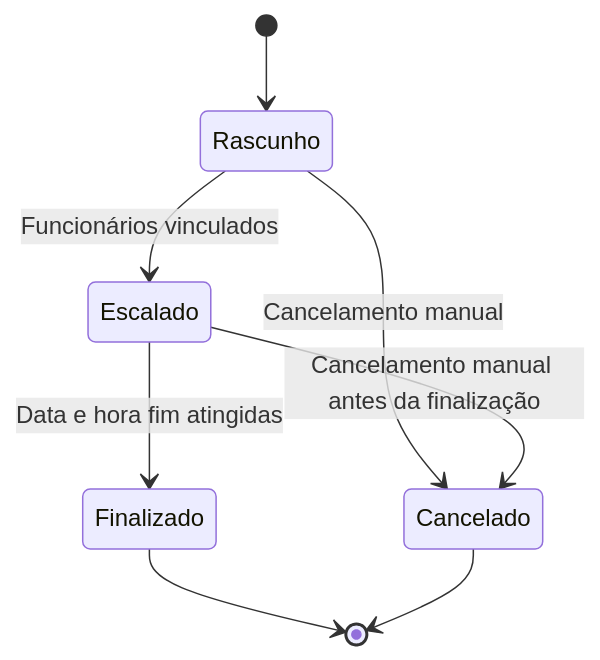
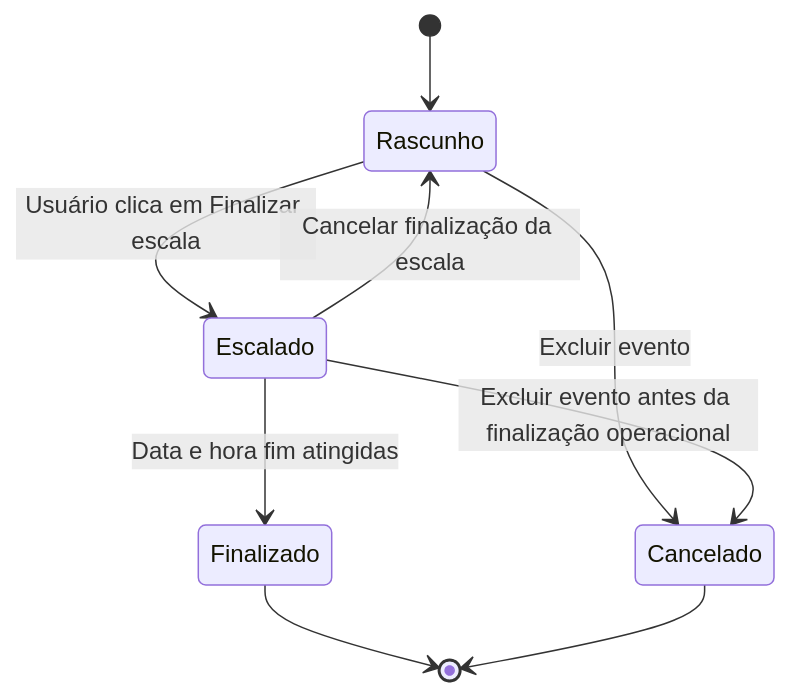
The fourth of 6 diagrams in docs/modelagem/fluxos.md (AntonioNetoOl/tag-gestao-seguranca), drawn with Mermaid before and after one commit. The commit also changed other lines of this file, not shown here.

Commit message:
docs: atualizar fluxos de operacao e escala

````diff
--- a/docs/modelagem/fluxos.md
+++ b/docs/modelagem/fluxos.md
@@ -25,10 +72,11 @@
 ```mermaid
 stateDiagram-v2
     [*] --> Rascunho
-    Rascunho --> Escalado: Funcionários vinculados
-    Rascunho --> Cancelado: Cancelamento manual
-    Escalado --> Cancelado: Cancelamento manual antes da finalização
+    Rascunho --> Escalado: Usuário clica em Finalizar escala
+    Escalado --> Rascunho: Cancelar finalização da escala
+    Rascunho --> Cancelado: Excluir evento
+    Escalado --> Cancelado: Excluir evento antes da finalização operacional
     Escalado --> Finalizado: Data e hora fim atingidas
     Finalizado --> [*]
     Cancelado --> [*]
 ```
````
